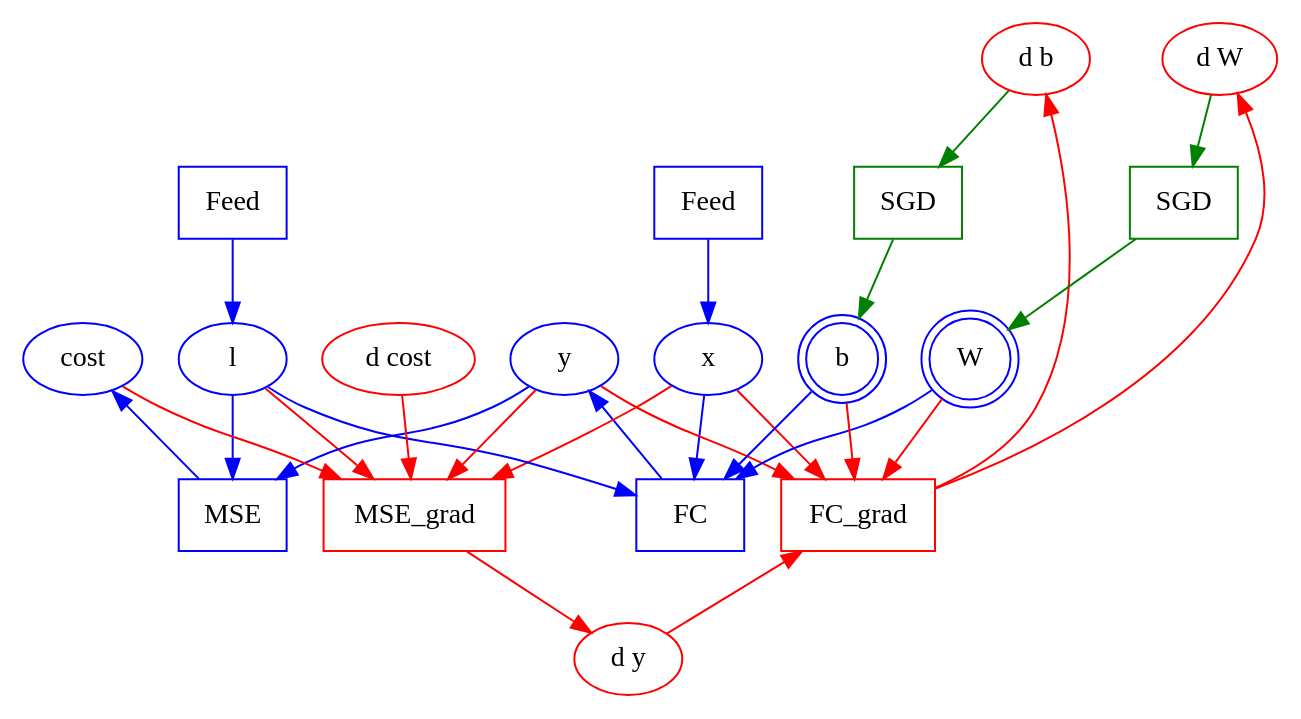
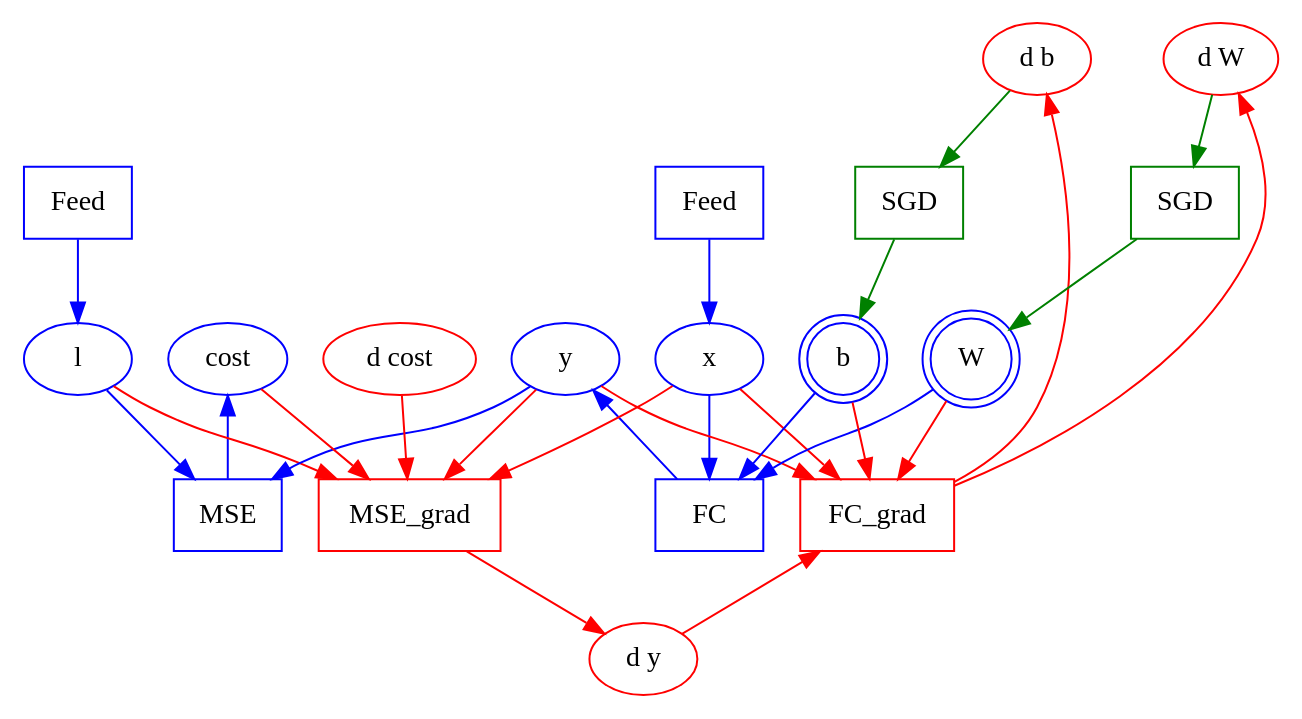
Before and after one commit to PaddlePaddle/Paddle: the diagram in doc/design/images/graph_construction_example.dot, drawn with Graphviz. The commit also changed 3 other files, not shown here.

```diff
--- a/doc/design/images/graph_construction_example.dot
+++ b/doc/design/images/graph_construction_example.dot
@@ -1,63 +1,63 @@
 digraph ImageClassificationGraph {
         ///////// The forward part /////////
         FeedX [label="Feed", color=blue, shape=box];
         FeedY [label="Feed", color=blue, shape=box];
         FC [label="FC", color=blue, shape=box];
         MSE [label="MSE", color=blue, shape=box];
 
         x [label="x", color=blue, shape=oval];
         l [label="l", color=blue, shape=oval];
         y [label="y", color=blue, shape=oval];
         W [label="W", color=blue, shape=doublecircle];
         b [label="b", color=blue, shape=doublecircle];
         cost [label="cost", color=blue, shape=oval];
 
         FeedX -> x -> FC -> y -> MSE -> cost [color=blue];
-        FeedY -> l -> FC [color=blue];
+        FeedY -> l [color=blue];
         W -> FC [color=blue];
         b -> FC [color=blue];
         l -> MSE [color=blue];
 
         ////////// The backward part /////////
         MSE_Grad [label="MSE_grad", color=red, shape=box];
         FC_Grad [label="FC_grad", color=red, shape=box];
 
         d_cost [label="d cost", color=red, shape=oval];
         d_y [label="d y", color=red, shape=oval];
         d_b [label="d b", color=red, shape=oval];
         d_W [label="d W", color=red, shape=oval];
 
         cost -> MSE_Grad [color=red];
         d_cost -> MSE_Grad [color=red];
         x -> MSE_Grad [color=red];
         l -> MSE_Grad [color=red];
         y -> MSE_Grad -> d_y [color=red];
 
         x -> FC_Grad [color=red];
         y -> FC_Grad [color=red];
         d_y -> FC_Grad [color=red];
         W -> FC_Grad -> d_W [color=red];
         b -> FC_Grad -> d_b [color=red];
 
         ////////// The optimizaiton part //////////
 
         OPT_W [label="SGD", color=green, shape=box];
         OPT_b [label="SGD", color=green, shape=box];
 
         d_W -> OPT_W -> W [color=green];
         d_b -> OPT_b -> b [color=green];
 
         ////////// Groupings //////////
 
         subgraph clusterMSE {
                 style=invis;
                 MSE;
                 MSE_Grad;
         }
 
         subgraph clusterFC {
                 style=invis;
                 FC;
                 FC_Grad;
         }
 }
```
